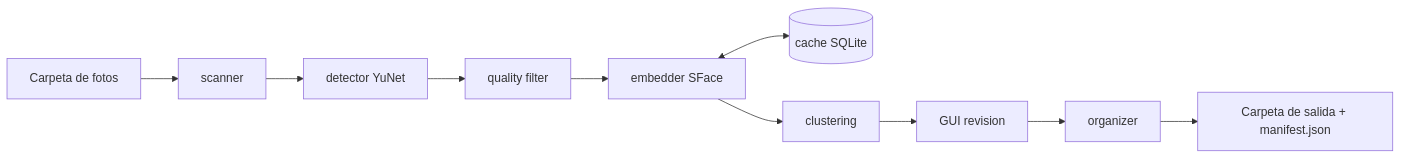
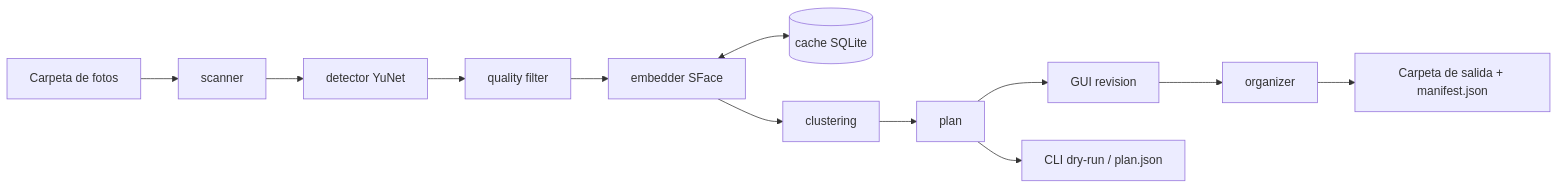
The diagram in docs/ARQUITECTURA.md (David-KtL/face-sorter), drawn with Mermaid before and after one commit. The commit also changed other lines of this file and 6 other files, not shown here.

````diff
--- a/docs/ARQUITECTURA.md
+++ b/docs/ARQUITECTURA.md
@@ -4,12 +4,14 @@
 ```mermaid
 flowchart LR
     A[Carpeta de fotos] --> B[scanner]
     B --> C[detector YuNet]
     C --> D[quality filter]
     D --> E[embedder SFace]
     E <--> F[(cache SQLite)]
     E --> G[clustering]
-    G --> H[GUI revision]
+    G --> P[plan]
+    P --> H[GUI revision]
+    P --> K[CLI dry-run / plan.json]
     H --> I[organizer]
     I --> J[Carpeta de salida + manifest.json]
 ```
````
